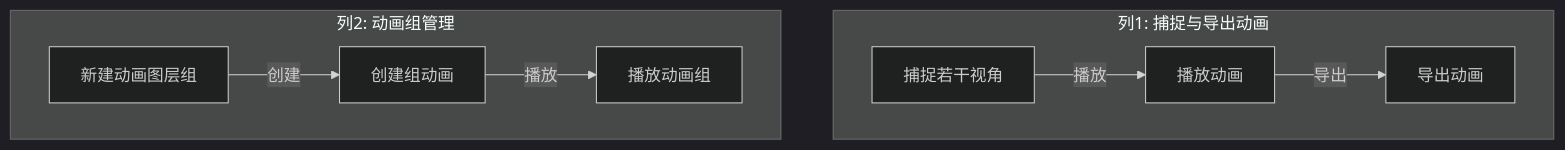
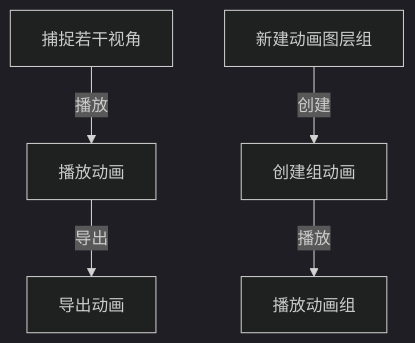
One commit to newguser/iodraw-files changed the diagram in all/未命名.md. Above: the diagram before and after it, drawn with Mermaid (dark theme).

Commit message:
2025-02-27 22:02:45 update

````diff
--- a/all/未命名.md
+++ b/all/未命名.md
@@ -1,12 +1,10 @@
 ```mermaid
 graph TD
-    subgraph 列1: 捕捉与导出动画
+
         A[捕捉若干视角] -->|播放| B[播放动画]
         B -->|导出| C[导出动画]
-    end
 
-    subgraph 列2: 动画组管理
         D[新建动画图层组] -->|创建| E[创建组动画]
         E -->|播放| F[播放动画组]
-    end
+
 ```
````
